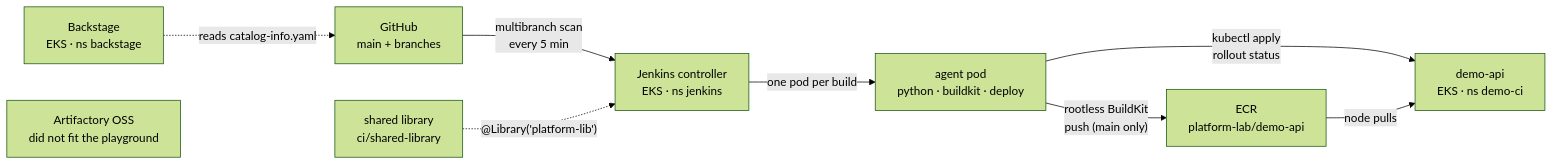
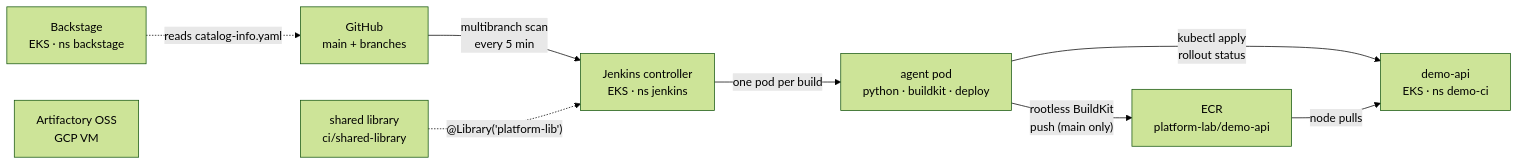
One commit to alecuvalentin22/aws-kodekloud-playground changed the diagram in docs/ci-track.md. Above: the diagram before and after it, drawn with Mermaid (forest theme). The commit also changed other lines of this file and 1 other file, not shown here.

Commit message:
Artifactory on GCP: study guide and ledger updated with verified evidence

````diff
--- a/docs/ci-track.md
+++ b/docs/ci-track.md
@@ -10,11 +10,11 @@
 ```mermaid
 flowchart LR
   GH["GitHub<br/>main + branches"] -->|"multibranch scan<br/>every 5 min"| J["Jenkins controller<br/>EKS · ns jenkins"]
   J -->|"one pod per build"| A["agent pod<br/>python · buildkit · deploy"]
   LIB["shared library<br/>ci/shared-library"] -.->|"@Library('platform-lib')"| J
   A -->|"rootless BuildKit<br/>push (main only)"| ECR["ECR<br/>platform-lab/demo-api"]
   A -->|"kubectl apply<br/>rollout status"| APP["demo-api<br/>EKS · ns demo-ci"]
   ECR -->|"node pulls"| APP
   BS["Backstage<br/>EKS · ns backstage"] -.->|"reads catalog-info.yaml"| GH
-  RT["Artifactory OSS<br/>did not fit the playground"]
+  RT["Artifactory OSS<br/>GCP VM"]
 ```
````
